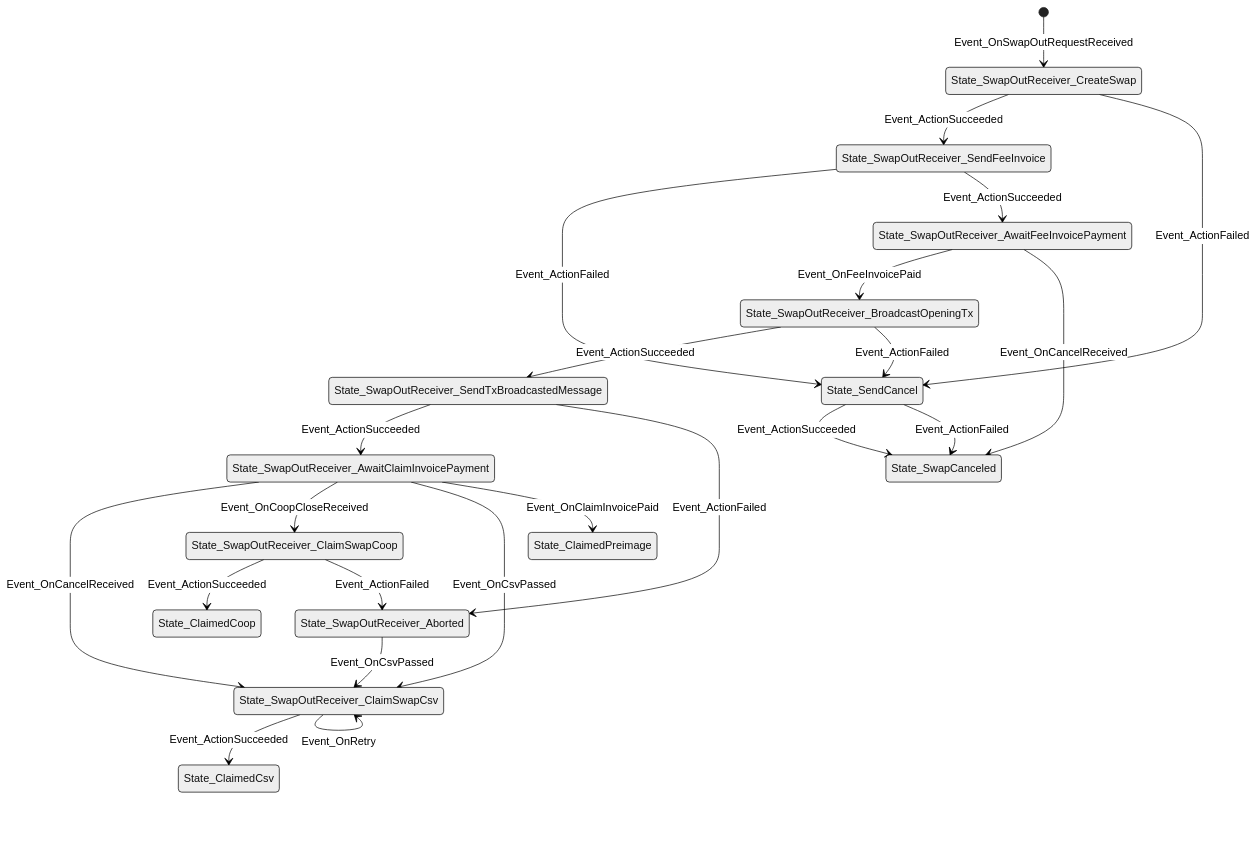
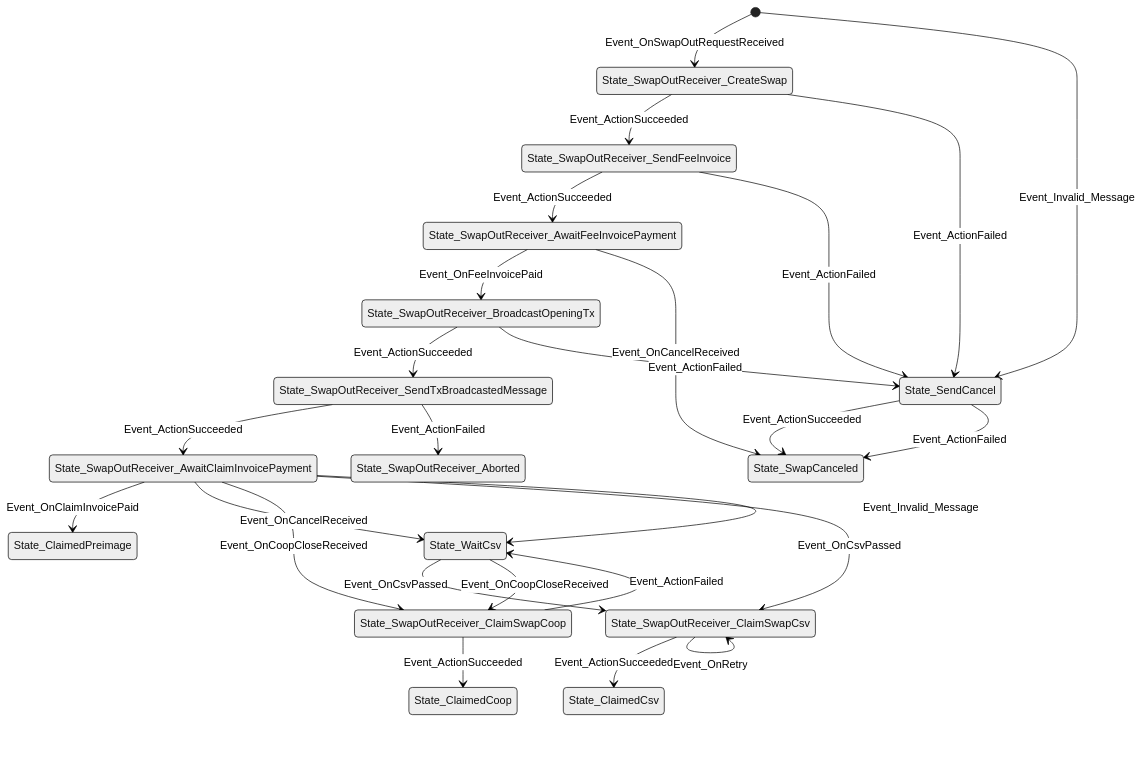
The diagram in docs/mmd/swap-out-receiver-states.md (ElementsProject/peerswap), drawn with Mermaid (neutral theme) before and after one commit. The commit also changed 3 other files, not shown here.

Commit message:
docs: Refresh state machine diagrams

````diff
--- a/docs/mmd/swap-out-receiver-states.md
+++ b/docs/mmd/swap-out-receiver-states.md
@@ -1,39 +1,42 @@
 ```mermaid
 stateDiagram-v2
-[*] --> State_SwapOutReceiver_CreateSwap: Event_OnSwapOutRequestReceived
-State_SwapOutReceiver_SendFeeInvoice
-State_SwapOutReceiver_SendFeeInvoice --> State_SendCancel: Event_ActionFailed
-State_SwapOutReceiver_SendFeeInvoice --> State_SwapOutReceiver_AwaitFeeInvoicePayment: Event_ActionSucceeded
+State_SwapOutReceiver_BroadcastOpeningTx
+State_SwapOutReceiver_BroadcastOpeningTx --> State_SwapOutReceiver_SendTxBroadcastedMessage: Event_ActionSucceeded
+State_SwapOutReceiver_BroadcastOpeningTx --> State_SendCancel: Event_ActionFailed
+State_WaitCsv
+State_WaitCsv --> State_SwapOutReceiver_ClaimSwapCsv: Event_OnCsvPassed
+State_WaitCsv --> State_SwapOutReceiver_ClaimSwapCoop: Event_OnCoopCloseReceived
 State_SendCancel
 State_SendCancel --> State_SwapCanceled: Event_ActionSucceeded
 State_SendCancel --> State_SwapCanceled: Event_ActionFailed
+State_ClaimedCsv
+State_SwapOutReceiver_SendFeeInvoice
+State_SwapOutReceiver_SendFeeInvoice --> State_SwapOutReceiver_AwaitFeeInvoicePayment: Event_ActionSucceeded
+State_SwapOutReceiver_SendFeeInvoice --> State_SendCancel: Event_ActionFailed
+State_SwapOutReceiver_AwaitFeeInvoicePayment
+State_SwapOutReceiver_AwaitFeeInvoicePayment --> State_SwapOutReceiver_BroadcastOpeningTx: Event_OnFeeInvoicePaid
+State_SwapOutReceiver_AwaitFeeInvoicePayment --> State_SwapCanceled: Event_OnCancelReceived
+State_SwapCanceled
 State_ClaimedCoop
+[*] --> State_SwapOutReceiver_CreateSwap: Event_OnSwapOutRequestReceived
+[*] --> State_SendCancel: Event_Invalid_Message
+State_SwapOutReceiver_AwaitClaimInvoicePayment
+State_SwapOutReceiver_AwaitClaimInvoicePayment --> State_ClaimedPreimage: Event_OnClaimInvoicePaid
+State_SwapOutReceiver_AwaitClaimInvoicePayment --> State_WaitCsv: Event_OnCancelReceived
+State_SwapOutReceiver_AwaitClaimInvoicePayment --> State_SwapOutReceiver_ClaimSwapCoop: Event_OnCoopCloseReceived
+State_SwapOutReceiver_AwaitClaimInvoicePayment --> State_SwapOutReceiver_ClaimSwapCsv: Event_OnCsvPassed
+State_SwapOutReceiver_AwaitClaimInvoicePayment --> State_WaitCsv: Event_Invalid_Message
 State_SwapOutReceiver_SendTxBroadcastedMessage
 State_SwapOutReceiver_SendTxBroadcastedMessage --> State_SwapOutReceiver_AwaitClaimInvoicePayment: Event_ActionSucceeded
 State_SwapOutReceiver_SendTxBroadcastedMessage --> State_SwapOutReceiver_Aborted: Event_ActionFailed
-State_SwapOutReceiver_ClaimSwapCoop
-State_SwapOutReceiver_ClaimSwapCoop --> State_ClaimedCoop: Event_ActionSucceeded
-State_SwapOutReceiver_ClaimSwapCoop --> State_SwapOutReceiver_Aborted: Event_ActionFailed
-State_SwapOutReceiver_Aborted
-State_SwapOutReceiver_Aborted --> State_SwapOutReceiver_ClaimSwapCsv: Event_OnCsvPassed
+State_SwapOutReceiver_ClaimSwapCsv
+State_SwapOutReceiver_ClaimSwapCsv --> State_ClaimedCsv: Event_ActionSucceeded
+State_SwapOutReceiver_ClaimSwapCsv --> State_SwapOutReceiver_ClaimSwapCsv: Event_OnRetry
 State_ClaimedPreimage
 State_SwapOutReceiver_CreateSwap
 State_SwapOutReceiver_CreateSwap --> State_SwapOutReceiver_SendFeeInvoice: Event_ActionSucceeded
 State_SwapOutReceiver_CreateSwap --> State_SendCancel: Event_ActionFailed
-State_SwapOutReceiver_AwaitFeeInvoicePayment
-State_SwapOutReceiver_AwaitFeeInvoicePayment --> State_SwapOutReceiver_BroadcastOpeningTx: Event_OnFeeInvoicePaid
-State_SwapOutReceiver_AwaitFeeInvoicePayment --> State_SwapCanceled: Event_OnCancelReceived
-State_SwapOutReceiver_AwaitClaimInvoicePayment
-State_SwapOutReceiver_AwaitClaimInvoicePayment --> State_SwapOutReceiver_ClaimSwapCsv: Event_OnCancelReceived
-State_SwapOutReceiver_AwaitClaimInvoicePayment --> State_SwapOutReceiver_ClaimSwapCoop: Event_OnCoopCloseReceived
-State_SwapOutReceiver_AwaitClaimInvoicePayment --> State_SwapOutReceiver_ClaimSwapCsv: Event_OnCsvPassed
-State_SwapOutReceiver_AwaitClaimInvoicePayment --> State_ClaimedPreimage: Event_OnClaimInvoicePaid
-State_ClaimedCsv
-State_SwapOutReceiver_BroadcastOpeningTx
-State_SwapOutReceiver_BroadcastOpeningTx --> State_SwapOutReceiver_SendTxBroadcastedMessage: Event_ActionSucceeded
-State_SwapOutReceiver_BroadcastOpeningTx --> State_SendCancel: Event_ActionFailed
-State_SwapOutReceiver_ClaimSwapCsv
-State_SwapOutReceiver_ClaimSwapCsv --> State_ClaimedCsv: Event_ActionSucceeded
-State_SwapOutReceiver_ClaimSwapCsv --> State_SwapOutReceiver_ClaimSwapCsv: Event_OnRetry
-State_SwapCanceled
+State_SwapOutReceiver_ClaimSwapCoop
+State_SwapOutReceiver_ClaimSwapCoop --> State_ClaimedCoop: Event_ActionSucceeded
+State_SwapOutReceiver_ClaimSwapCoop --> State_WaitCsv: Event_ActionFailed
 ```
````
